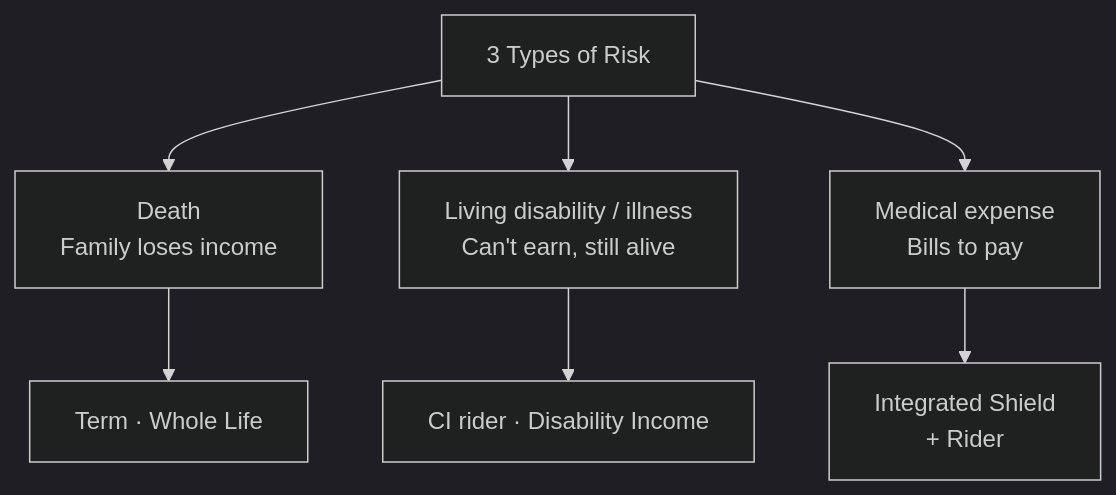
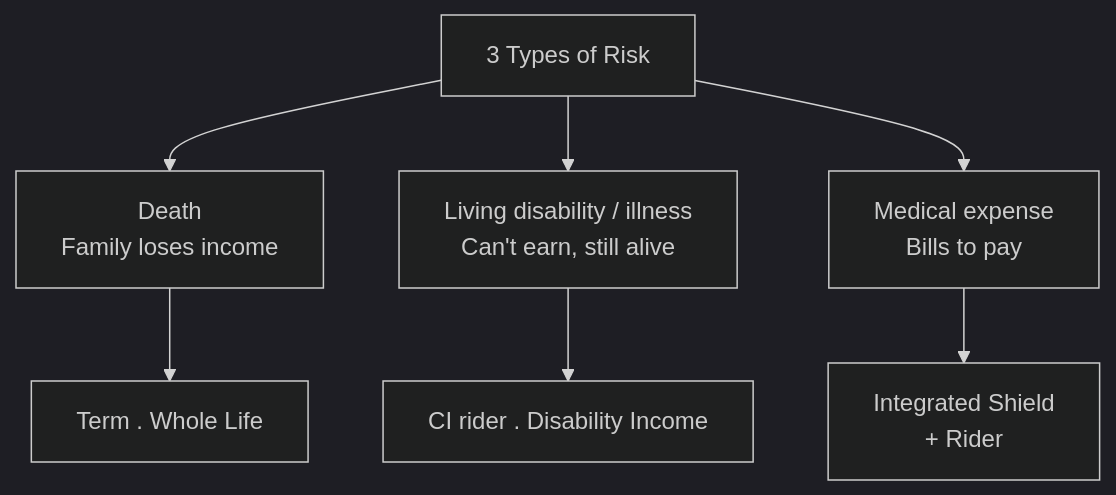
Before and after one commit to leotansingapore/aia-product-compass-hub: the first of 2 diagrams in docs/first-60-days/week-10/day-56.md, drawn with Mermaid (dark theme). The commit also changed other lines of this file and 75 other files, not shown here.

````diff
--- a/docs/first-60-days/week-10/day-56.md
+++ b/docs/first-60-days/week-10/day-56.md
@@ -366,10 +366,10 @@
 ```mermaid
 flowchart TD
     A["3 Types of Risk"]
     A --> B["Death<br/>Family loses income"]
     A --> C["Living disability / illness<br/>Can't earn, still alive"]
     A --> D["Medical expense<br/>Bills to pay"]
-    B --> B1["Term · Whole Life"]
-    C --> C1["CI rider · Disability Income"]
+    B --> B1["Term . Whole Life"]
+    C --> C1["CI rider . Disability Income"]
     D --> D1["Integrated Shield<br/>+ Rider"]
 ```
````
